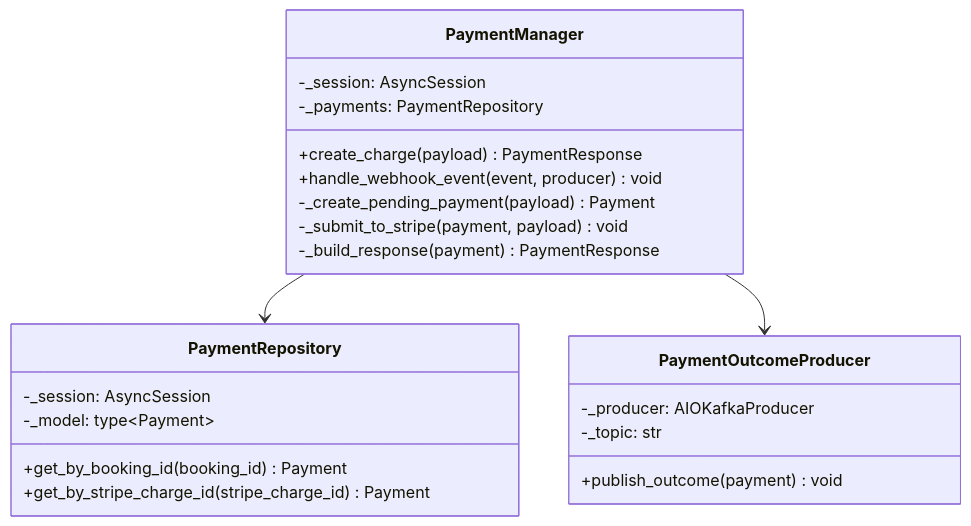
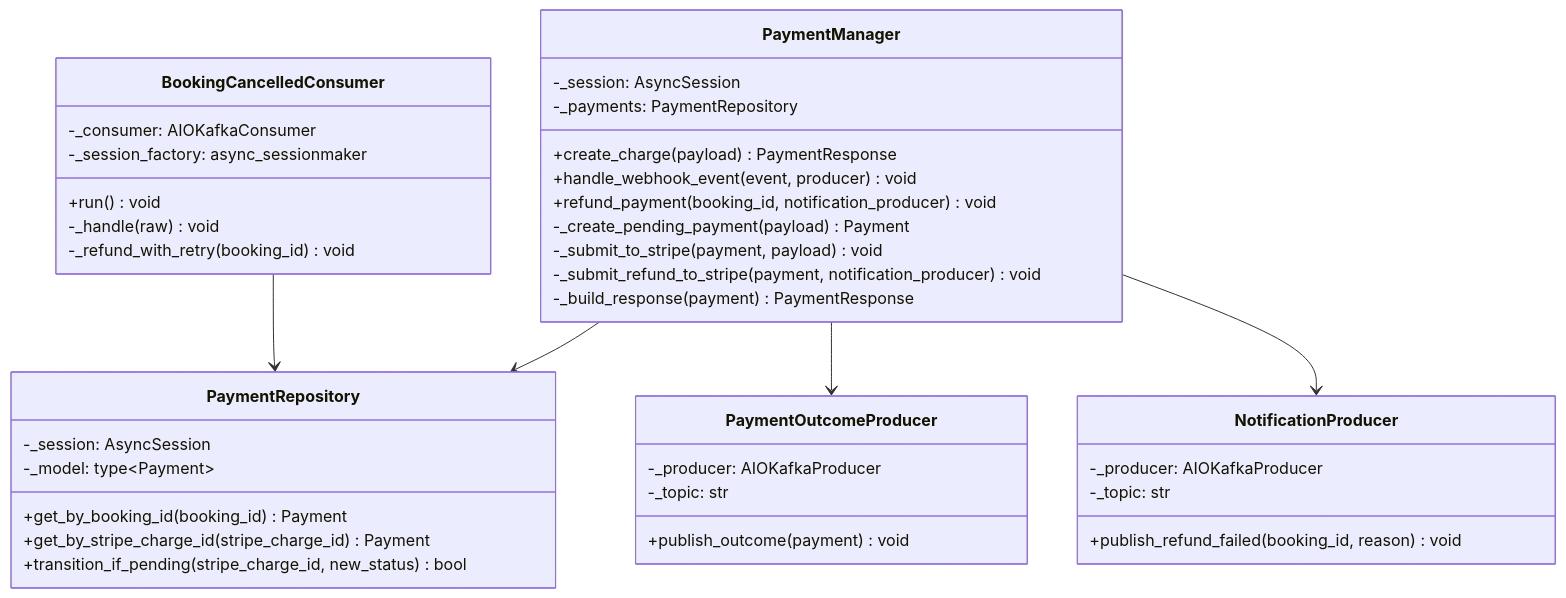
Before and after one commit to STRYKER316/event-ticketing-platform: the fourth of 4 diagrams in docs/report/class-diagrams.md, drawn with Mermaid. The commit also changed other lines of this file and 4 other files, not shown here.

Commit message:
docs: draft Phase 6 report chapters (requirement gathering, class diagrams, schema, testing strategy)

````diff
--- a/docs/report/class-diagrams.md
+++ b/docs/report/class-diagrams.md
@@ -408,28 +463,47 @@
 ```mermaid
 classDiagram
     class PaymentManager {
         -_session: AsyncSession
         -_payments: PaymentRepository
         +create_charge(payload) PaymentResponse
         +handle_webhook_event(event, producer) void
+        +refund_payment(booking_id, notification_producer) void
         -_create_pending_payment(payload) Payment
         -_submit_to_stripe(payment, payload) void
+        -_submit_refund_to_stripe(payment, notification_producer) void
         -_build_response(payment) PaymentResponse
     }
 
     class PaymentRepository {
         -_session: AsyncSession
         -_model: type~Payment~
         +get_by_booking_id(booking_id) Payment
         +get_by_stripe_charge_id(stripe_charge_id) Payment
+        +transition_if_pending(stripe_charge_id, new_status) bool
     }
 
     class PaymentOutcomeProducer {
         -_producer: AIOKafkaProducer
         -_topic: str
         +publish_outcome(payment) void
     }
 
+    class NotificationProducer {
+        -_producer: AIOKafkaProducer
+        -_topic: str
+        +publish_refund_failed(booking_id, reason) void
+    }
+
+    class BookingCancelledConsumer {
+        -_consumer: AIOKafkaConsumer
+        -_session_factory: async_sessionmaker
+        +run() void
+        -_handle(raw) void
+        -_refund_with_retry(booking_id) void
+    }
+
     PaymentManager --> PaymentRepository
     PaymentManager --> PaymentOutcomeProducer
+    PaymentManager --> NotificationProducer
+    BookingCancelledConsumer --> PaymentRepository
 ```
````
